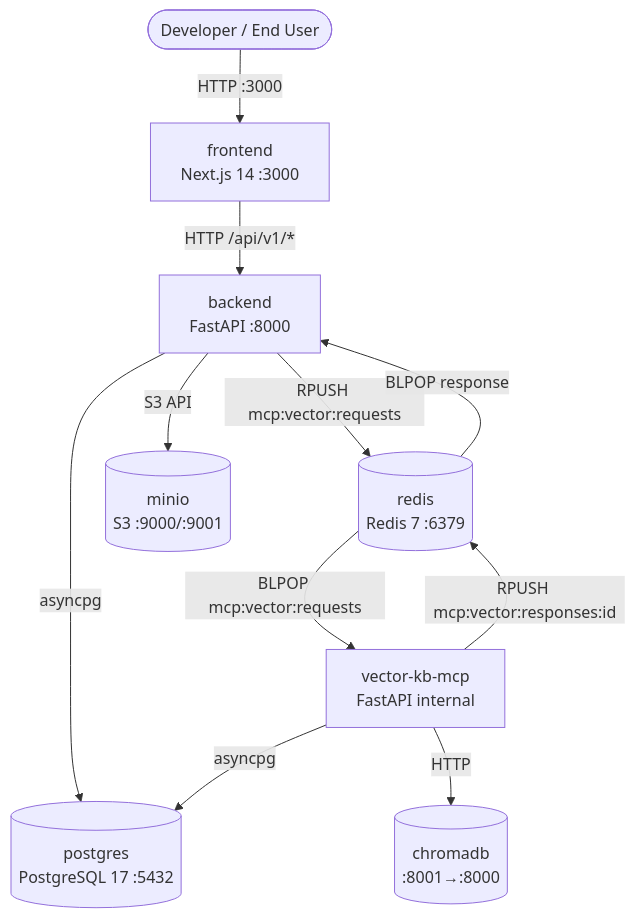
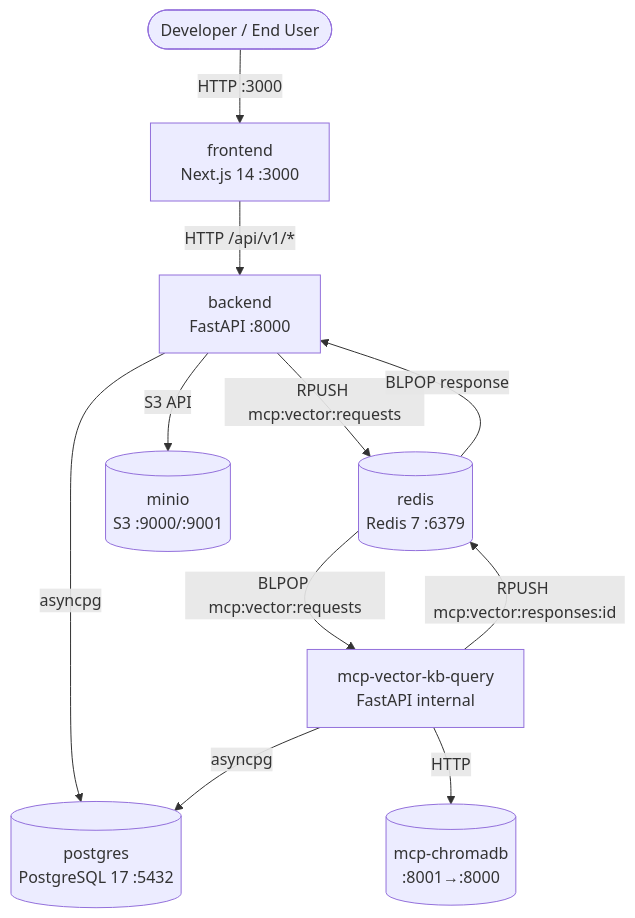
The first of 2 diagrams in docs/architecture_map.md (akvo/akvo-rag), drawn with Mermaid before and after one commit. The commit also changed other lines of this file and 16 other files, not shown here.

Commit message:
[#164] refactor(infra): standardize mcp- container and service prefix for vector-kb-query, vector-kb-ingestion, and chromadb

````diff
--- a/docs/architecture_map.md
+++ b/docs/architecture_map.md
@@ -10,22 +10,22 @@
 ```mermaid
 graph TB
     USER([Developer / End User])
     FE[frontend<br/>Next.js 14 :3000]
     BE[backend<br/>FastAPI :8000]
-    VKBMCP[vector-kb-mcp<br/>FastAPI internal]
+    VKBMCP[mcp-vector-kb-query<br/>FastAPI internal]
     PG[(postgres<br/>PostgreSQL 17 :5432)]
     REDIS[(redis<br/>Redis 7 :6379)]
-    CHROMA[(chromadb<br/>:8001→:8000)]
+    CHROMA[(mcp-chromadb<br/>:8001→:8000)]
     MINIO[(minio<br/>S3 :9000/:9001)]
 
     USER -->|HTTP :3000| FE
     FE -->|HTTP /api/v1/*| BE
     BE -->|RPUSH mcp:vector:requests| REDIS
     REDIS -->|BLPOP mcp:vector:requests| VKBMCP
     VKBMCP -->|RPUSH mcp:vector:responses:id| REDIS
     REDIS -->|BLPOP response| BE
     BE -->|asyncpg| PG
     VKBMCP -->|asyncpg| PG
     VKBMCP -->|HTTP| CHROMA
     BE -->|S3 API| MINIO
 ```
````
